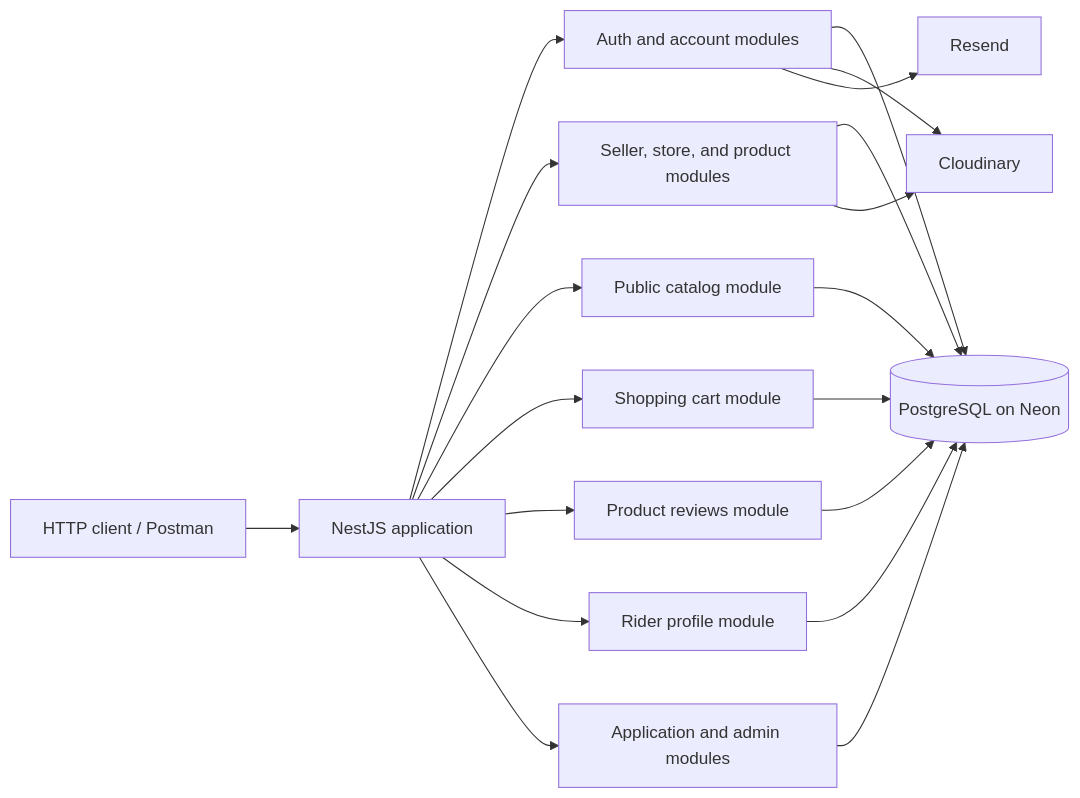
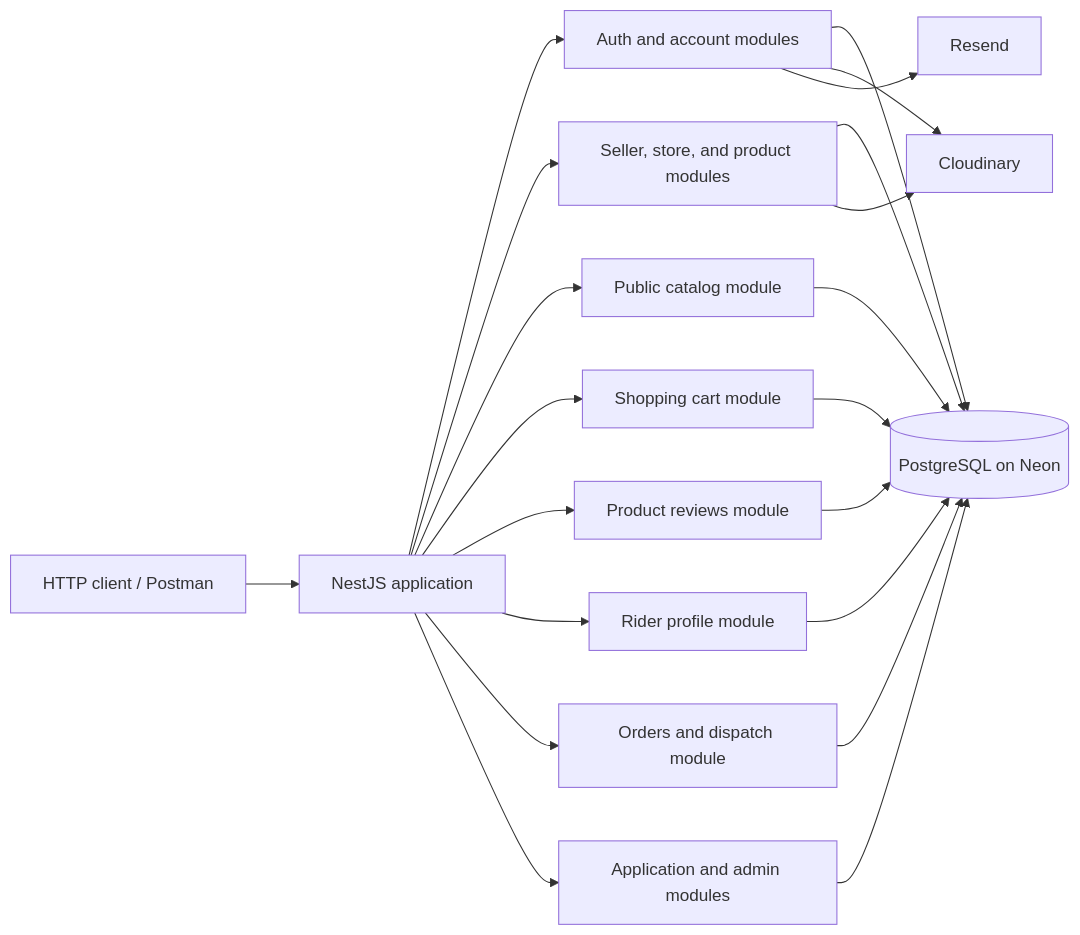
One commit to Yosf96633/nest-e-commerce changed the first of 4 diagrams in architecture.md. Above: the diagram before and after it, drawn with Mermaid. The commit also changed other lines of this file and 26 other files, not shown here.

````diff
--- a/architecture.md
+++ b/architecture.md
@@ -9,34 +9,37 @@
 ```mermaid
 flowchart LR
     Client[HTTP client / Postman]
     API[NestJS application]
     Auth[Auth and account modules]
     Seller[Seller, store, and product modules]
     Catalog[Public catalog module]
     Cart[Shopping cart module]
     Reviews[Product reviews module]
     Rider[Rider profile module]
+    Orders[Orders and dispatch module]
     Admin[Application and admin modules]
     DB[(PostgreSQL on Neon)]
     Cloudinary[Cloudinary]
     Resend[Resend]
 
     Client --> API
     API --> Auth
     API --> Seller
     API --> Catalog
     API --> Cart
     API --> Reviews
     API --> Rider
+    API --> Orders
     API --> Admin
     Auth --> DB
     Seller --> DB
     Catalog --> DB
     Cart --> DB
     Reviews --> DB
     Rider --> DB
+    Orders --> DB
     Admin --> DB
     Auth --> Cloudinary
     Seller --> Cloudinary
     Auth --> Resend
 ```
````
